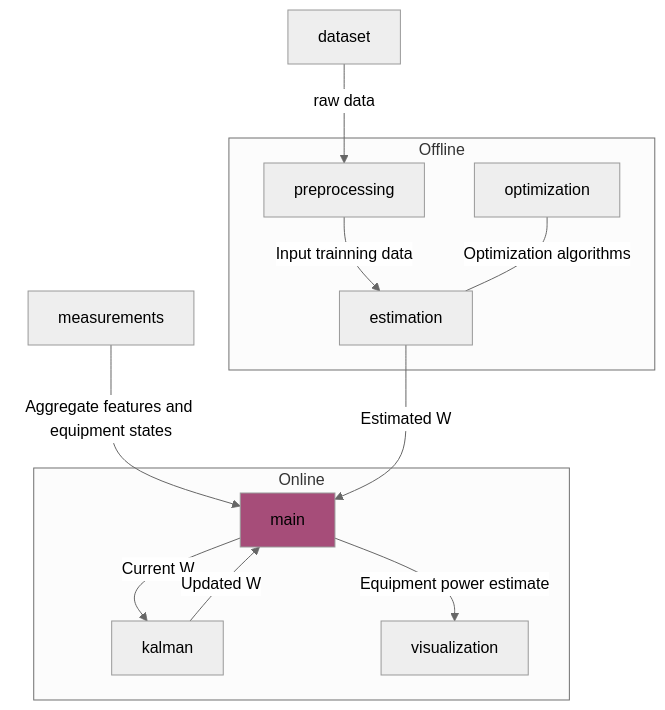
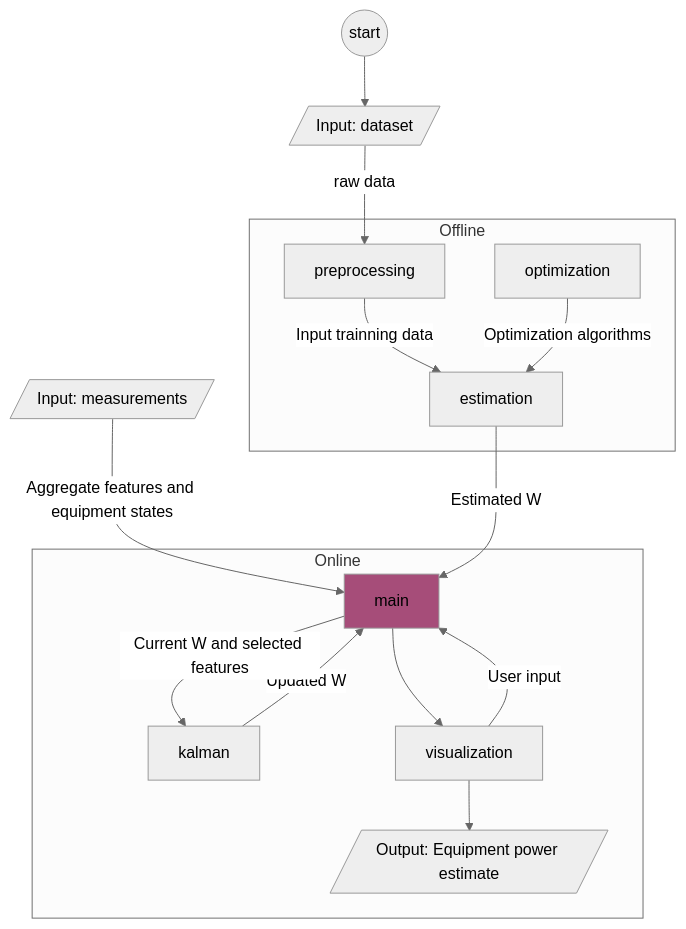
The diagram in README.md (danctorres/nilm_industry), drawn with Mermaid (neutral theme) before and after one commit. The commit also changed other lines of this file, not shown here.

````diff
--- a/README.md
+++ b/README.md
@@ -40,16 +40,19 @@
 ```mermaid
 flowchart TD;
     subgraph Offline
     preprocessing-- Input trainning data -->estimation;
-    optimization-- Optimization algorithms ---estimation;
+    optimization-- Optimization algorithms -->estimation;
     end
     subgraph Online
-    main:::someclass-- Current W -->kalman;
+    kalman-- Updated W -->main;
+    main:::someclass-- Current W and selected features -->kalman;
     classDef someclass fill:#A64D79
-    kalman-- Updated W -->main;
-    main-- Equipment power estimate-->visualization;
+    main --> visualization
+    visualization -->  estimates[/Output: Equipment power estimate/];
     end
-    measurements-- Aggregate features and equipment states -->main;
-    dataset -- raw data --> preprocessing;
+    start((start)) --> dataset
+    dataset[/Input: dataset/] -- raw data --> preprocessing;
+    measurements[/Input: measurements/]-- Aggregate features and equipment states -->main;
     estimation -- Estimated W --> main;
+    visualization -- User input --> main
 ```
````
